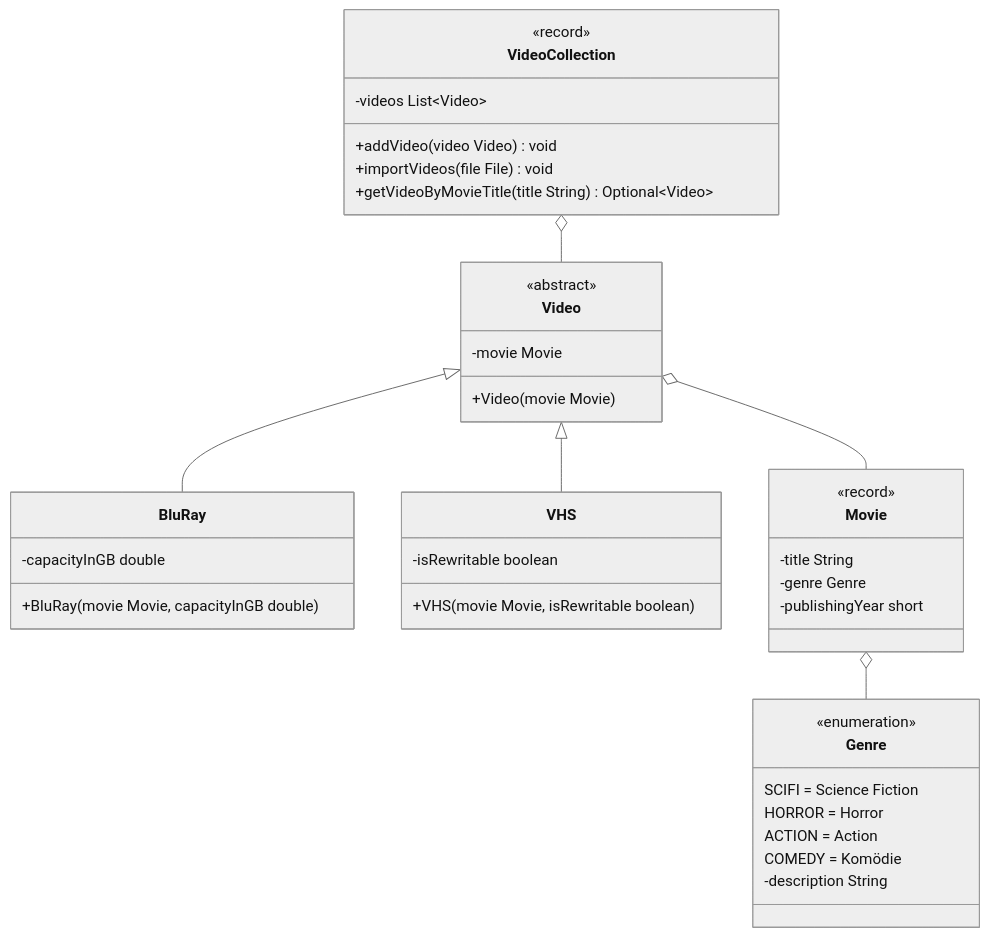
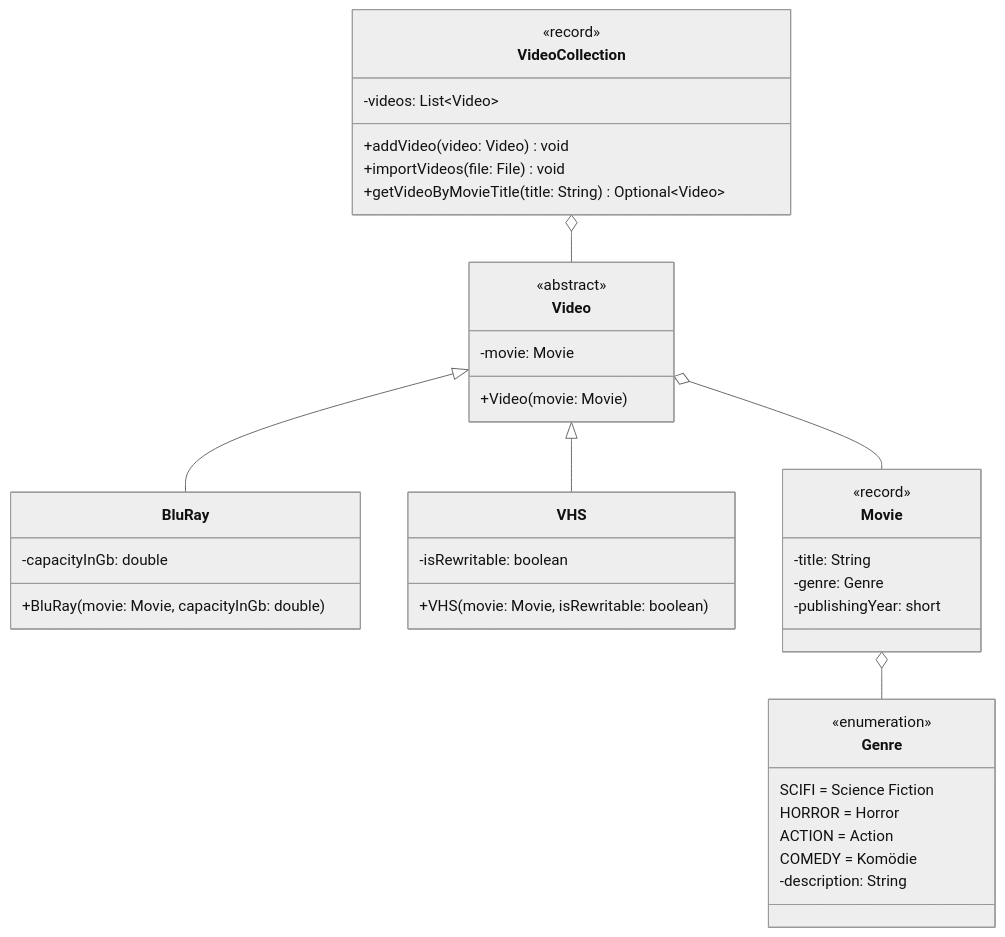
Before and after one commit to jappuccini/java-docs: the diagram in docs/exam-exercises/exam-exercises-java2/video-collection.md, drawn with Mermaid (neutral theme). The commit also changed other lines of this file and 76 other files, not shown here.

Commit message:
uml fixes (colons, properties), headline fixes (italic) and exam result updates

````diff
--- a/docs/exam-exercises/exam-exercises-java2/video-collection.md
+++ b/docs/exam-exercises/exam-exercises-java2/video-collection.md
@@ -12,48 +12,48 @@
 ```mermaid
 classDiagram
     VideoCollection o-- Video
     Video <|-- BluRay
     Video <|-- VHS
     Video o-- Movie
     Movie o-- Genre
 
     class VideoCollection {
         <<record>>
-        -videos List~Video~
-        +addVideo(video Video) void
-        +importVideos(file File) void
-        +getVideoByMovieTitle(title String) Optional~Video~
+        -videos: List~Video~
+        +addVideo(video: Video) void
+        +importVideos(file: File) void
+        +getVideoByMovieTitle(title: String) Optional~Video~
     }
 
     class Video {
         <<abstract>>
-        -movie Movie
-        +Video(movie Movie)
+        -movie: Movie
+        +Video(movie: Movie)
     }
 
     class VHS {
-        -isRewritable boolean
-        +VHS(movie Movie, isRewritable boolean)
+        -isRewritable: boolean
+        +VHS(movie: Movie, isRewritable: boolean)
     }
 
     class BluRay {
-        -capacityInGB double
-        +BluRay(movie Movie, capacityInGB double)
+        -capacityInGb: double
+        +BluRay(movie: Movie, capacityInGb: double)
     }
 
     class Movie {
         <<record>>
-        -title String
-        -genre Genre
-        -publishingYear short
+        -title: String
+        -genre: Genre
+        -publishingYear: short
     }
 
     class Genre {
         <<enumeration>>
         SCIFI = Science Fiction
         HORROR = Horror
         ACTION = Action
         COMEDY = Komödie
-        -description String
+        -description: String
     }
 ```
````
